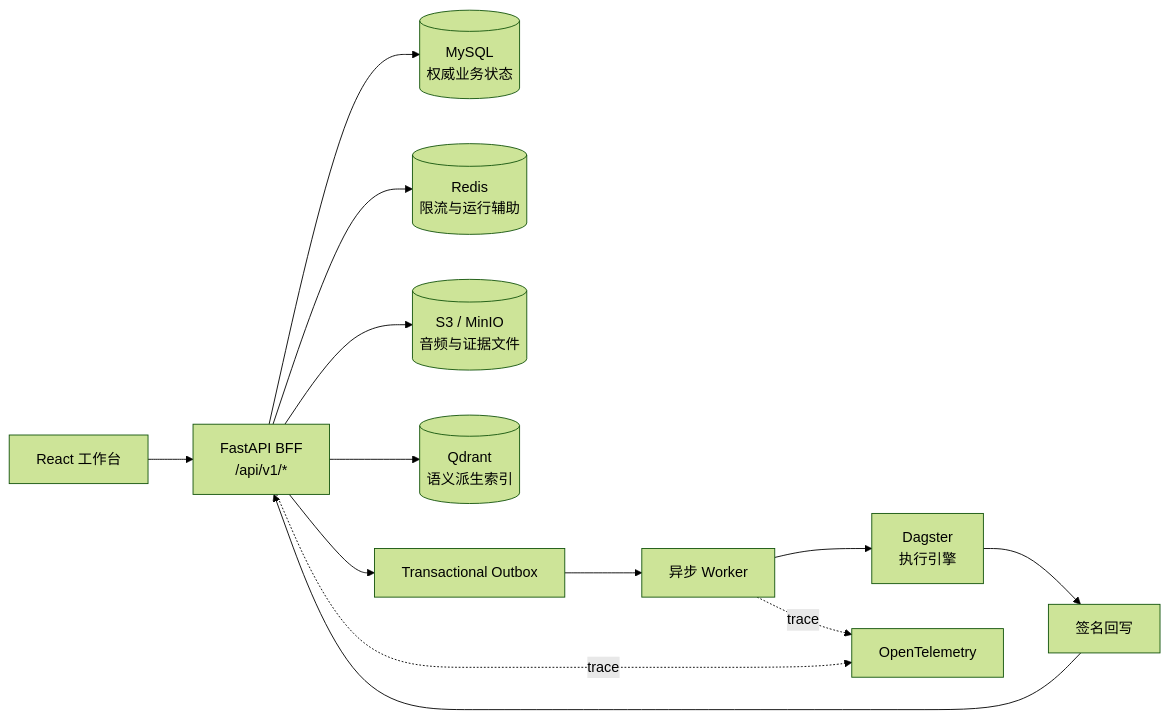
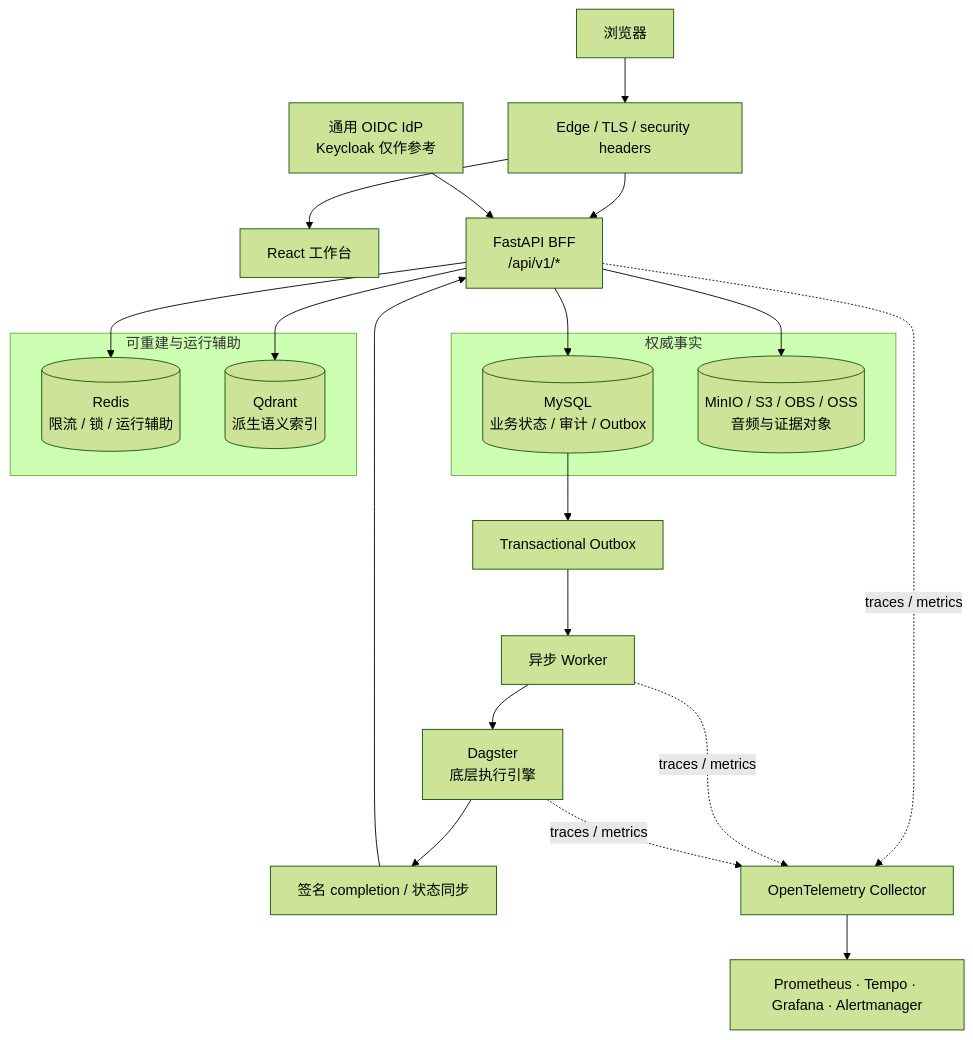
The second of 3 diagrams in README.md (g5n-dev/auris_flow), drawn with Mermaid (forest theme) before and after one commit. The commit also changed other lines of this file, not shown here.

````diff
--- a/README.md
+++ b/README.md
@@ -70,18 +209,33 @@
 ```mermaid
-flowchart LR
-    UI["React 工作台"] --> BFF["FastAPI BFF<br/>/api/v1/*"]
+flowchart TB
+    USER["浏览器"] --> EDGE["Edge / TLS / security headers"]
+    EDGE --> UI["React 工作台"]
+    EDGE --> BFF["FastAPI BFF<br/>/api/v1/*"]
+    IDP["通用 OIDC IdP<br/>Keycloak 仅作参考"] --> BFF
 
-    BFF --> DB[("MySQL<br/>权威业务状态")]
-    BFF --> CACHE[("Redis<br/>限流与运行辅助")]
-    BFF --> OBJ[("S3 / MinIO<br/>音频与证据文件")]
-    BFF --> VECTOR[("Qdrant<br/>语义派生索引")]
+    subgraph truth["权威事实"]
+        MYSQL[("MySQL<br/>业务状态 / 审计 / Outbox")]
+        OBJECTS[("MinIO / S3 / OBS / OSS<br/>音频与证据对象")]
+    end
 
-    BFF --> OUTBOX["Transactional Outbox"]
+    subgraph derived["可重建与运行辅助"]
+        REDIS[("Redis<br/>限流 / 锁 / 运行辅助")]
+        QDRANT[("Qdrant<br/>派生语义索引")]
+    end
+
+    BFF --> MYSQL
+    BFF --> OBJECTS
+    BFF --> REDIS
+    BFF --> QDRANT
+
+    MYSQL --> OUTBOX["Transactional Outbox"]
     OUTBOX --> WORKER["异步 Worker"]
-    WORKER --> DAGSTER["Dagster<br/>执行引擎"]
-    DAGSTER --> CALLBACK["签名回写"]
+    WORKER --> DAGSTER["Dagster<br/>底层执行引擎"]
+    DAGSTER --> CALLBACK["签名 completion / 状态同步"]
     CALLBACK --> BFF
 
-    BFF -. trace .-> OTEL["OpenTelemetry"]
-    WORKER -. trace .-> OTEL
+    BFF -. traces / metrics .-> OTEL["OpenTelemetry Collector"]
+    WORKER -. traces / metrics .-> OTEL
+    DAGSTER -. traces / metrics .-> OTEL
+    OTEL --> OBS["Prometheus · Tempo · Grafana · Alertmanager"]
 ```
````
